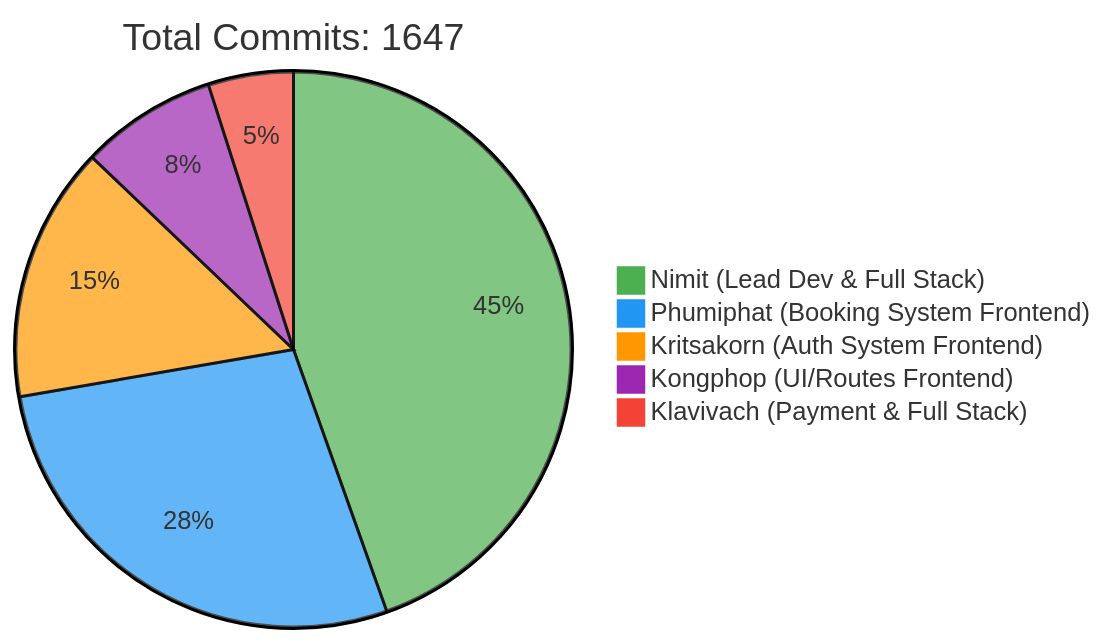
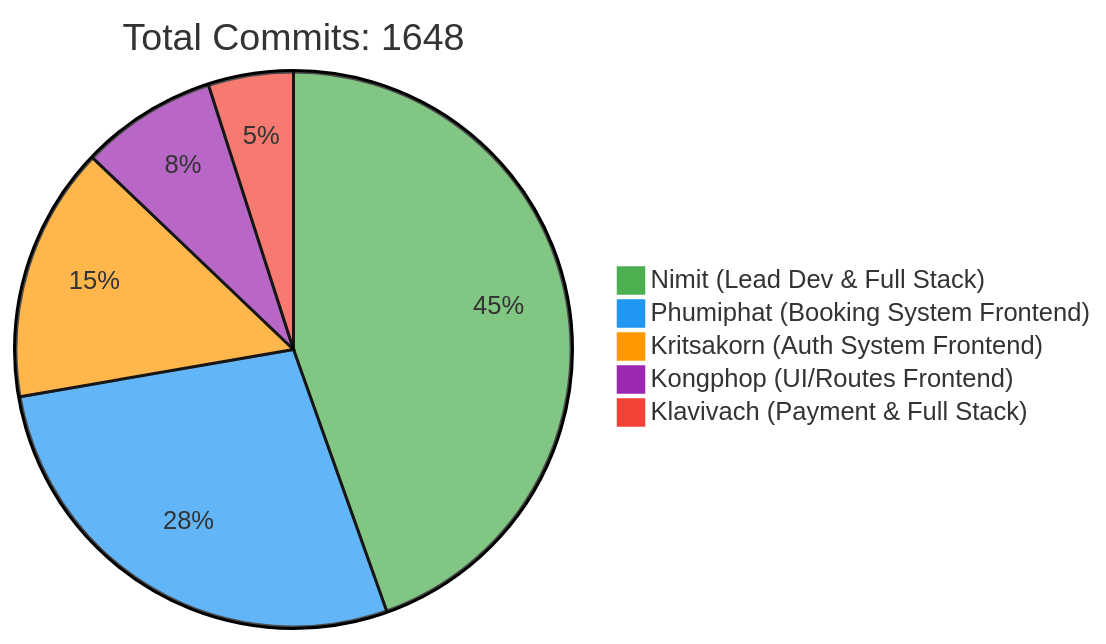
One commit to 6531503042/Sport-Complex changed the first of 2 diagrams in README.md. Above: the diagram before and after it, drawn with Mermaid. The commit also changed other lines of this file, not shown here.

Commit message:
docs: Update contributor statistics [skip ci]

````diff
--- a/README.md
+++ b/README.md
@@ -257,10 +257,10 @@
 ```mermaid
 %%{init: {'theme': 'base', 'themeVariables': { 'pie1': '#4CAF50', 'pie2': '#2196F3', 'pie3': '#FF9800', 'pie4': '#9C27B0', 'pie5': '#F44336'}}}%%
 pie
-    title Total Commits: 1647
+    title Total Commits: 1648
     "Nimit (Lead Dev & Full Stack)" : 450
     "Phumiphat (Booking System Frontend)" : 280
     "Kritsakorn (Auth System Frontend)" : 150
     "Kongphop (UI/Routes Frontend)" : 80
     "Klavivach (Payment & Full Stack)" : 50
 ```
````
